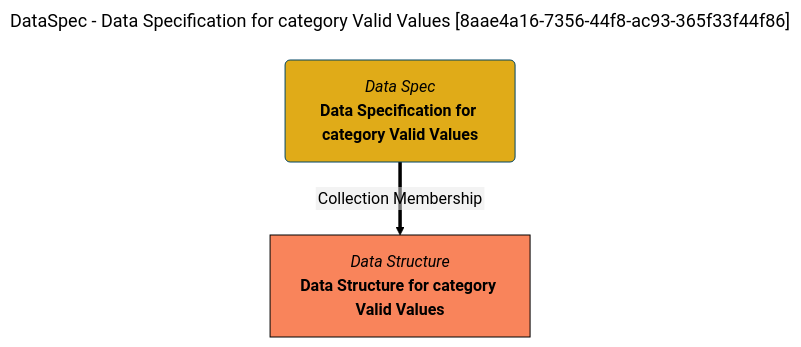
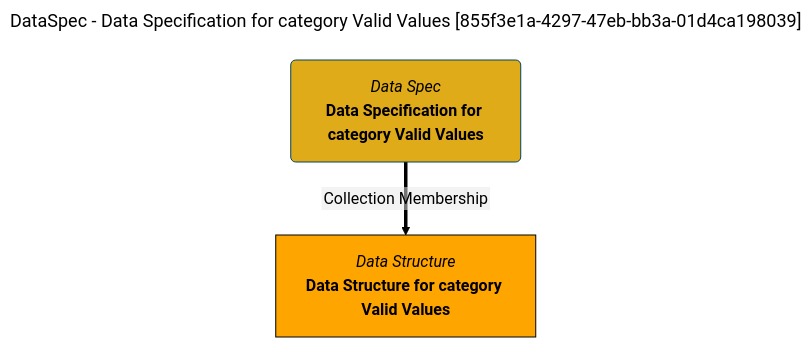
One commit to odpi/egeria-docs changed the diagram in site/snippets/collections/data-specs/data-specification-for-category-valid-values-mermaid-graph.md. Above: the diagram before and after it, drawn with Mermaid (forest theme). The commit also changed 2201 other files, not shown here.

````diff
--- a/site/snippets/collections/data-specs/data-specification-for-category-valid-values-mermaid-graph.md
+++ b/site/snippets/collections/data-specs/data-specification-for-category-valid-values-mermaid-graph.md
@@ -1,15 +1,15 @@
 ```mermaid
 ---
-title: DataSpec - Data Specification for category Valid Values [8aae4a16-7356-44f8-ac93-365f33f44f86]
+title: DataSpec - Data Specification for category Valid Values [855f3e1a-4297-47eb-bb3a-01d4ca198039]
 ---
 flowchart TD
 %%{init: {"flowchart": {"htmlLabels": false}} }%%
 
 1@{ shape: rounded, label: "*Data Spec*
 **Data Specification for category Valid Values**"}
 2@{ shape: rect, label: "*Data Structure*
 **Data Structure for category Valid Values**"}
 1==>|"Collection Membership"|2
 style 1 color:#000000, fill:#e0ab18, stroke:#004563
-style 2 color:#000000, fill:#f9845b, stroke:#000000
+style 2 color:#000000, fill:#FFA500, stroke:#000000
 ```
````
